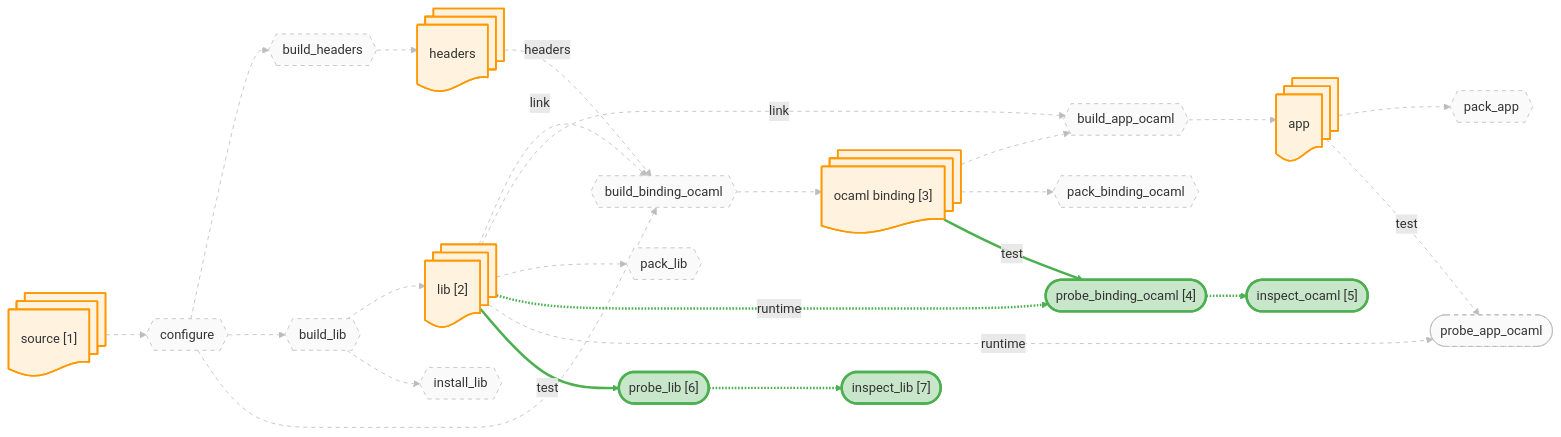
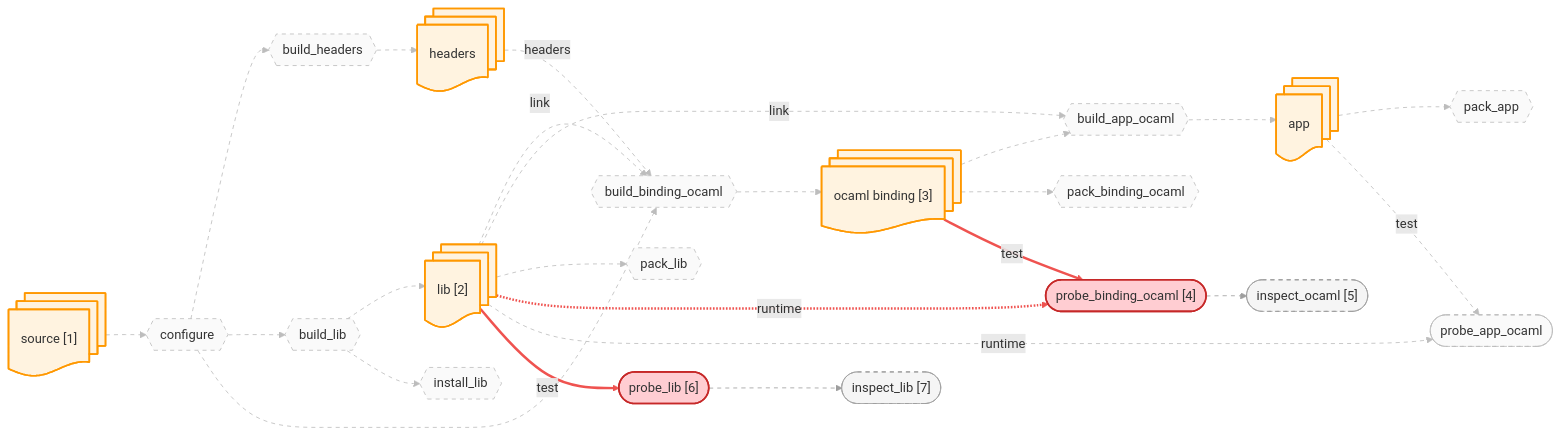
One commit to JHU-PL-Lab/tola changed the diagram in docs/canary/projects/zstd/-run/diagrams/probes.mmd. Above: the diagram before and after it, drawn with Mermaid. The commit also changed 64 other files, not shown here.

```diff
--- a/docs/canary/projects/zstd/-run/diagrams/probes.mmd
+++ b/docs/canary/projects/zstd/-run/diagrams/probes.mmd
@@ -1,93 +1,93 @@
 %% view: probes
 graph LR
     source_node@{ shape: docs, label: "source [1]" }
     headers_node@{ shape: docs, label: "headers" }
     lib_node@{ shape: docs, label: "lib [2]" }
     app_node@{ shape: docs, label: "app" }
     ocaml_binding_node@{ shape: docs, label: "ocaml binding [3]" }
 
     A_configure{{"configure"}}
     A_build_headers{{"build_headers"}}
     A_build_lib{{"build_lib"}}
     A_build_binding_ocaml{{"build_binding_ocaml"}}
     A_build_app_ocaml{{"build_app_ocaml"}}
     A_install_lib{{"install_lib"}}
     A_pack_binding_ocaml{{"pack_binding_ocaml"}}
     A_pack_lib{{"pack_lib"}}
     A_pack_app{{"pack_app"}}
     A_probe_binding_ocaml(["probe_binding_ocaml [4]"])
     A_probe_app_ocaml(["probe_app_ocaml"])
     A_probe_lib(["probe_lib [6]"])
     A_probe_lib_inspect(["inspect_lib [7]"])
     A_probe_binding_ocaml_inspect(["inspect_ocaml [5]"])
 
     source_node --> A_configure
     A_configure --> A_build_headers
     A_build_headers --> headers_node
     A_configure --> A_build_lib
     A_build_lib --> lib_node
     A_configure --> A_build_binding_ocaml
     headers_node -.->|headers| A_build_binding_ocaml
     lib_node -.->|link| A_build_binding_ocaml
     A_build_binding_ocaml --> ocaml_binding_node
     ocaml_binding_node --> A_build_app_ocaml
     lib_node -.->|link| A_build_app_ocaml
     A_build_app_ocaml --> app_node
     A_build_lib --> A_install_lib
     ocaml_binding_node --> A_pack_binding_ocaml
     lib_node --> A_pack_lib
     app_node --> A_pack_app
     ocaml_binding_node -->|test| A_probe_binding_ocaml
     lib_node -.->|runtime| A_probe_binding_ocaml
     app_node -->|test| A_probe_app_ocaml
     lib_node -.->|runtime| A_probe_app_ocaml
     lib_node -->|test| A_probe_lib
     A_probe_lib -.-> A_probe_lib_inspect
     A_probe_binding_ocaml -.-> A_probe_binding_ocaml_inspect
 
     classDef artifact fill:#fff3e0,stroke:#ff9800,stroke-width:2px
     classDef action fill:#f3e5f5,stroke:#9c27b0,stroke-width:2px
     classDef st_done fill:#c8e6c9,stroke:#4caf50,stroke-width:3px
     classDef st_done_ctx fill:#e8f5e9,stroke:#a5d6a7,stroke-width:1.5px
     classDef st_expected_fail fill:#fff9c4,stroke:#f9a825,stroke-width:2px
     classDef st_failed fill:#ffcdd2,stroke:#c62828,stroke-width:2px
     classDef st_skipped fill:#f5f5f5,stroke:#9e9e9e,stroke-dasharray:5
     classDef st_nospec fill:#fafafa,stroke:#bdbdbd,stroke-dasharray:5
     class source_node,headers_node,lib_node,app_node,ocaml_binding_node artifact
     class A_configure st_nospec
     class A_build_headers st_nospec
     class A_build_lib st_nospec
     class A_build_binding_ocaml st_nospec
     class A_build_app_ocaml st_nospec
     class A_install_lib st_nospec
     class A_pack_binding_ocaml st_nospec
     class A_pack_lib st_nospec
     class A_pack_app st_nospec
-    class A_probe_binding_ocaml st_done
+    class A_probe_binding_ocaml st_failed
     class A_probe_app_ocaml st_nospec
-    class A_probe_lib st_done
-    class A_probe_lib_inspect st_done
-    class A_probe_binding_ocaml_inspect st_done
+    class A_probe_lib st_failed
+    class A_probe_lib_inspect st_skipped
+    class A_probe_binding_ocaml_inspect st_skipped
     linkStyle 0 stroke:#bdbdbd,stroke-width:1px,stroke-dasharray:5
     linkStyle 1 stroke:#bdbdbd,stroke-width:1px,stroke-dasharray:5
     linkStyle 2 stroke:#bdbdbd,stroke-width:1px,stroke-dasharray:5
     linkStyle 3 stroke:#bdbdbd,stroke-width:1px,stroke-dasharray:5
     linkStyle 4 stroke:#bdbdbd,stroke-width:1px,stroke-dasharray:5
     linkStyle 5 stroke:#bdbdbd,stroke-width:1px,stroke-dasharray:5
     linkStyle 6 stroke:#bdbdbd,stroke-width:1px,stroke-dasharray:5
     linkStyle 7 stroke:#bdbdbd,stroke-width:1px,stroke-dasharray:5
     linkStyle 8 stroke:#bdbdbd,stroke-width:1px,stroke-dasharray:5
     linkStyle 9 stroke:#bdbdbd,stroke-width:1px,stroke-dasharray:5
     linkStyle 10 stroke:#bdbdbd,stroke-width:1px,stroke-dasharray:5
     linkStyle 11 stroke:#bdbdbd,stroke-width:1px,stroke-dasharray:5
     linkStyle 12 stroke:#bdbdbd,stroke-width:1px,stroke-dasharray:5
     linkStyle 13 stroke:#bdbdbd,stroke-width:1px,stroke-dasharray:5
     linkStyle 14 stroke:#bdbdbd,stroke-width:1px,stroke-dasharray:5
     linkStyle 15 stroke:#bdbdbd,stroke-width:1px,stroke-dasharray:5
-    linkStyle 16 stroke:#4caf50,stroke-width:3px
-    linkStyle 17 stroke:#4caf50,stroke-width:3px
+    linkStyle 16 stroke:#ef5350,stroke-width:3px
+    linkStyle 17 stroke:#ef5350,stroke-width:3px
     linkStyle 18 stroke:#bdbdbd,stroke-width:1px,stroke-dasharray:5
     linkStyle 19 stroke:#bdbdbd,stroke-width:1px,stroke-dasharray:5
-    linkStyle 20 stroke:#4caf50,stroke-width:3px
-    linkStyle 21 stroke:#4caf50,stroke-width:3px
-    linkStyle 22 stroke:#4caf50,stroke-width:3px
+    linkStyle 20 stroke:#ef5350,stroke-width:3px
+    linkStyle 21 stroke:#9e9e9e,stroke-width:1px,stroke-dasharray:5
+    linkStyle 22 stroke:#9e9e9e,stroke-width:1px,stroke-dasharray:5
```
